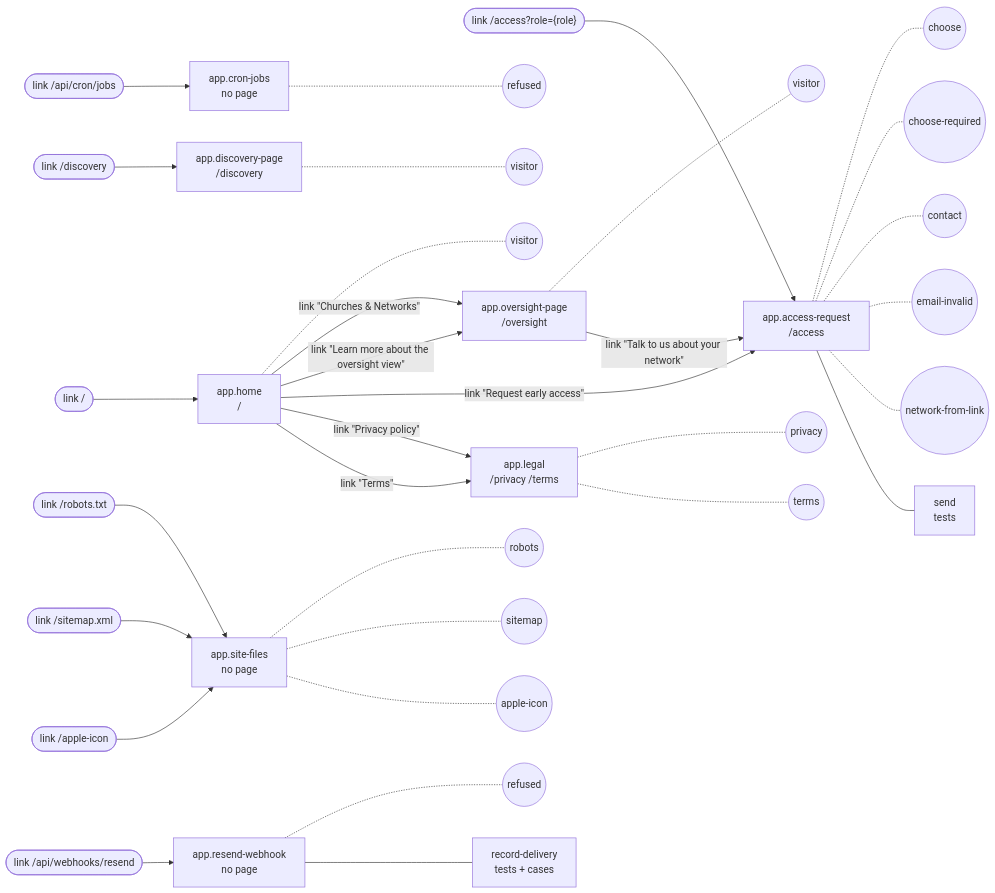
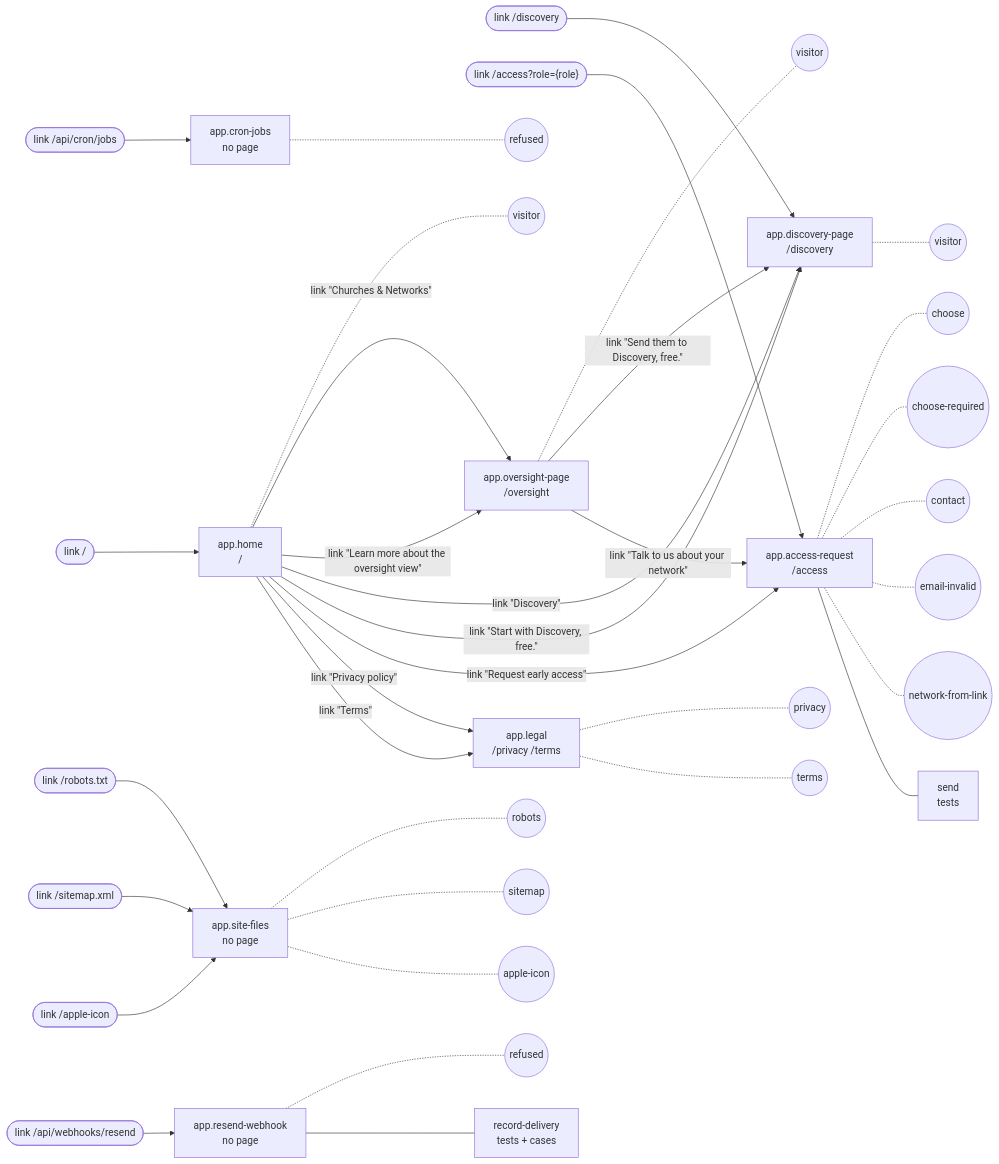
The diagram in docs/feature-maps/app.md (SebastianGarces/everyfield), drawn with Mermaid before and after one commit. The commit also changed other lines of this file and 9 other files, not shown here.

First line of the commit message:
Link `/discovery` from the site nav, the home page and /oversight, once Sebastian says the page is live.

````diff
--- a/docs/feature-maps/app.md
+++ b/docs/feature-maps/app.md
@@ -6,50 +6,53 @@
 ```mermaid
 flowchart LR
   s0_link0(["link /api/cron/jobs"])
   s1_link0(["link /"])
   s3_link0(["link /discovery"])
   s4_link2(["link /access?role={role}"])
   s6_link0(["link /robots.txt"])
   s6_link1(["link /sitemap.xml"])
   s6_link2(["link /apple-icon"])
   s7_link0(["link /api/webhooks/resend"])
   s0["app.cron-jobs<br/>no page"]
   s0_link0 --> s0
   s0 -.- s0_st0(("refused"))
   s1["app.home<br/>/"]
   s1_link0 --> s1
   s1 -.- s1_st0(("visitor"))
   s2["app.oversight-page<br/>/oversight"]
   s1 -- "link #quot;Churches & Networks#quot;" --> s2
   s1 -- "link #quot;Learn more about the oversight view#quot;" --> s2
   s2 -.- s2_st0(("visitor"))
   s3["app.discovery-page<br/>/discovery"]
   s3_link0 --> s3
+  s1 -- "link #quot;Discovery#quot;" --> s3
+  s1 -- "link #quot;Start with Discovery, free.#quot;" --> s3
+  s2 -- "link #quot;Send them to Discovery, free.#quot;" --> s3
   s3 -.- s3_st0(("visitor"))
   s4["app.access-request<br/>/access"]
   s1 -- "link #quot;Request early access#quot;" --> s4
   s2 -- "link #quot;Talk to us about your network#quot;" --> s4
   s4_link2 --> s4
   s4 -.- s4_st0(("choose"))
   s4 -.- s4_st1(("choose-required"))
   s4 -.- s4_st2(("contact"))
   s4 -.- s4_st3(("email-invalid"))
   s4 -.- s4_st4(("network-from-link"))
   s4 --- s4_b0["send<br/>tests"]
   s5["app.legal<br/>/privacy /terms"]
   s1 -- "link #quot;Privacy policy#quot;" --> s5
   s1 -- "link #quot;Terms#quot;" --> s5
   s5 -.- s5_st0(("privacy"))
   s5 -.- s5_st1(("terms"))
   s6["app.site-files<br/>no page"]
   s6_link0 --> s6
   s6_link1 --> s6
   s6_link2 --> s6
   s6 -.- s6_st0(("robots"))
   s6 -.- s6_st1(("sitemap"))
   s6 -.- s6_st2(("apple-icon"))
   s7["app.resend-webhook<br/>no page"]
   s7_link0 --> s7
   s7 -.- s7_st0(("refused"))
   s7 --- s7_b0["record-delivery<br/>tests + cases"]
 ```
````
